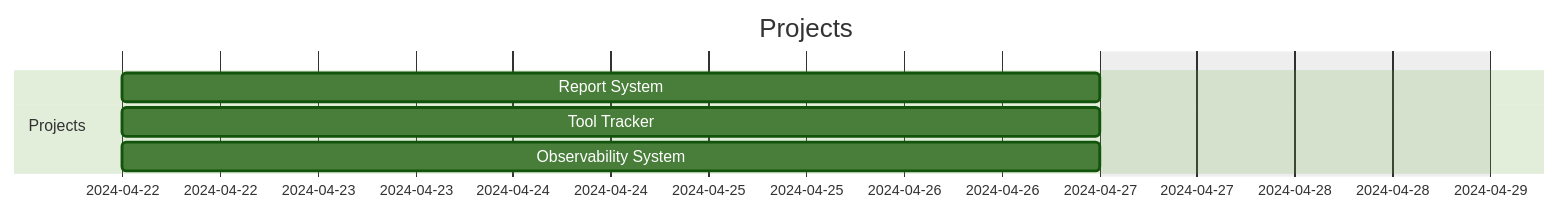
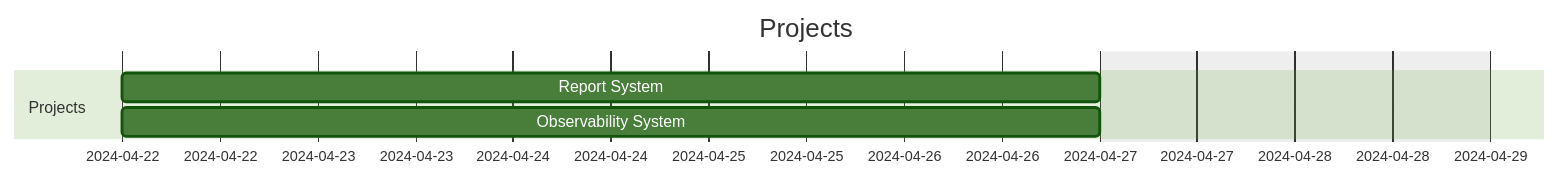
One commit to brentgroves/repsys changed the first of 6 diagrams in development/status/complete/report_system_status_src.md. Above: the diagram before and after it, drawn with Mermaid (forest theme). The commit also changed other lines of this file and 17 other files, not shown here.

````diff
--- a/development/status/complete/report_system_status_src.md
+++ b/development/status/complete/report_system_status_src.md
@@ -22,13 +22,12 @@
 ```mermaid
 gantt
     dateFormat  YYYY-MM-DD
     title       Projects
     excludes    weekends
     %% (`excludes` accepts specific dates in YYYY-MM-DD format, days of the week ("sunday") or "weekends", but not the word "weekdays".)
 
     section Projects
-    Report System                                   :p1,2024-04-22,5d
-    Tool Tracker                                    :p2,2024-04-22,5d
-    Observability System                            :p3,2024-04-22,5d
+    Report System             :p1,2024-04-22,5d
+    Observability System      :p2,2024-04-22,5d
 
 ```
````
